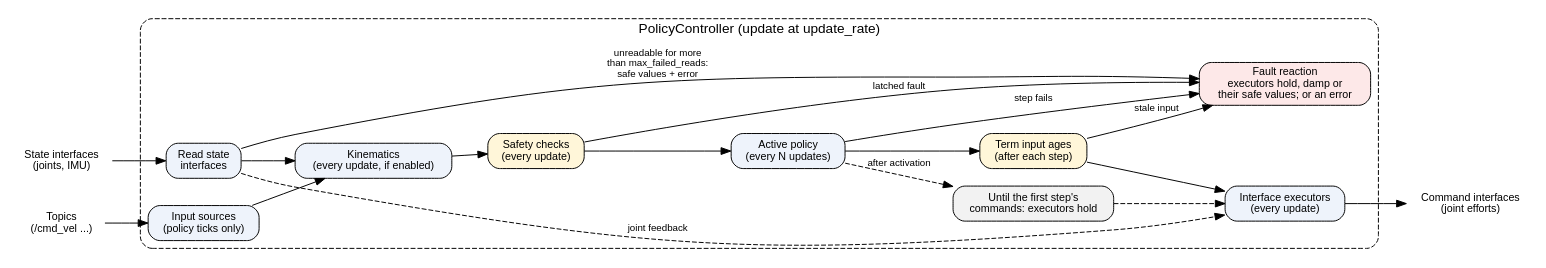
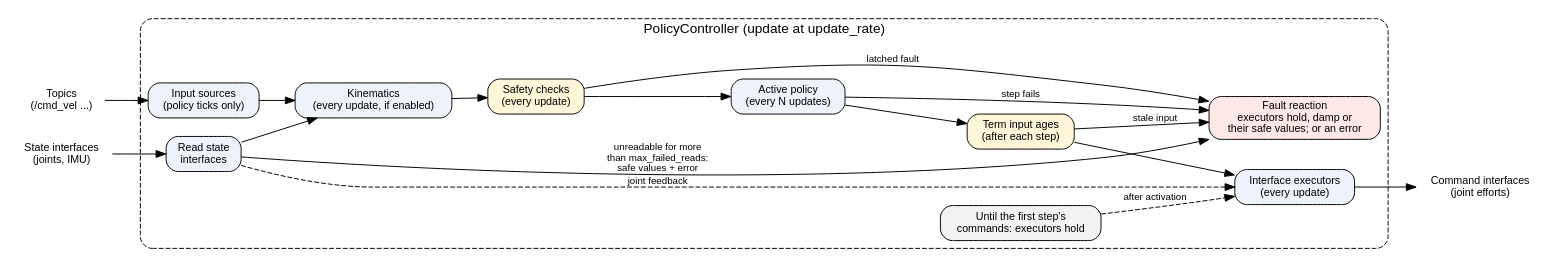
One commit to saikishor/ros2_policy_framework changed the second of 3 diagrams in docs/hosts.rst. Above: the diagram before and after it, drawn with Graphviz. The commit also changed 2 other files, not shown here.

Commit message:
Narrow the read failure and robot description wording, and detach hold from the policy in the controller diagram

```diff
--- a/docs/hosts.rst
+++ b/docs/hosts.rst
@@ -63,37 +63,36 @@
 .. graphviz::
 
    digraph controller_host {
      rankdir=LR;
      node [shape=box, style="rounded,filled", fillcolor="#eef3fb", fontname="Helvetica", fontsize=11];
      edge [fontname="Helvetica", fontsize=10];
      hw_in [label="State interfaces\n(joints, IMU)", shape=plaintext, fillcolor=none];
      topics [label="Topics\n(/cmd_vel ...)", shape=plaintext, fillcolor=none];
      subgraph cluster_ctrl {
        label="PolicyController (update at update_rate)"; style="rounded,dashed"; fontname="Helvetica";
        read [label="Read state\ninterfaces"];
        sources [label="Input sources\n(policy ticks only)"];
        kin [label="Kinematics\n(every update, if enabled)"];
        safety [label="Safety checks\n(every update)", fillcolor="#fff6d9"];
        policy [label="Active policy\n(every N updates)"];
        ages [label="Term input ages\n(after each step)", fillcolor="#fff6d9"];
        execs [label="Interface executors\n(every update)"];
        fault [label="Fault reaction\nexecutors hold, damp or\ntheir safe values; or an error", fillcolor="#fde8e8"];
        hold [label="Until the first step's\ncommands: executors hold", fillcolor="#f2f2f2"];
        read -> kin;
        sources -> kin;
        kin -> safety;
        safety -> policy;
        policy -> ages -> execs;
        safety -> fault [label="latched fault"];
        policy -> fault [label="step fails"];
        ages -> fault [label="stale input"];
        read -> execs [label="joint feedback", style=dashed];
        read -> fault [label="unreadable for more\nthan max_failed_reads:\nsafe values + error"];
-       policy -> hold [label="after activation", style=dashed];
-       hold -> execs [style=dashed];
+       hold -> execs [label="after activation", style=dashed];
      }
      hw_out [label="Command interfaces\n(joint efforts)", shape=plaintext, fillcolor=none];
      hw_in -> read;
      topics -> sources;
      execs -> hw_out;
    }
```
